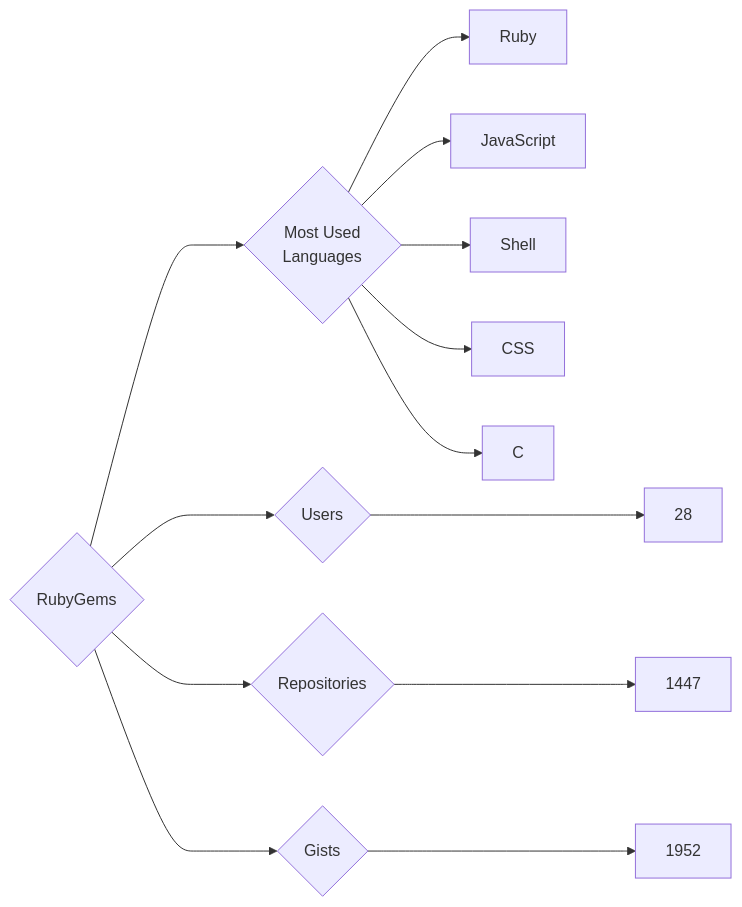
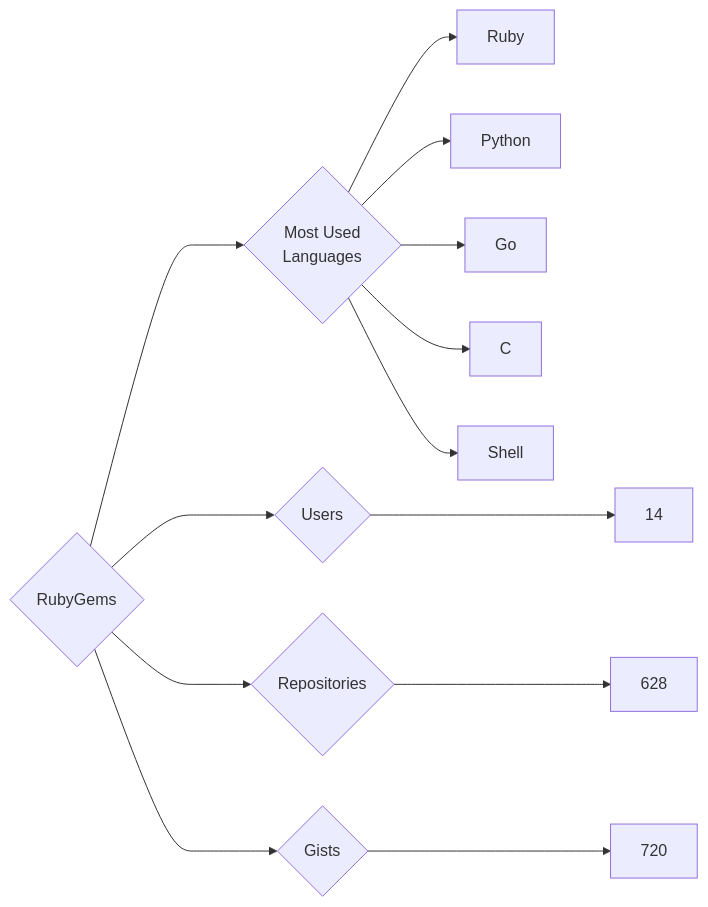
One commit to trickest/insiders changed the diagram in targets/RubyGems/README.md. Above: the diagram before and after it, drawn with Mermaid. The commit also changed 953 other files, not shown here.

````diff
--- a/targets/RubyGems/README.md
+++ b/targets/RubyGems/README.md
@@ -3,13 +3,13 @@
 ```mermaid
 graph LR
 COMPANY_NAME{RubyGems}
-COMPANY_NAME ---> U{Users} ---> UN[28]
-COMPANY_NAME ---> R{Repositories} ---> RN[1447]
-COMPANY_NAME ---> G{Gists} ---> GN[1952]
+COMPANY_NAME ---> U{Users} ---> UN[14]
+COMPANY_NAME ---> R{Repositories} ---> RN[628]
+COMPANY_NAME ---> G{Gists} ---> GN[720]
 COMPANY_NAME ---> ML{Most Used<br>Languages}
 ML --> Ruby[Ruby]
-ML --> JavaScript[JavaScript]
+ML --> Python[Python]
+ML --> Go[Go]
+ML --> C[C]
 ML --> Shell[Shell]
-ML --> CSS[CSS]
-ML --> C[C]
 ```
````
